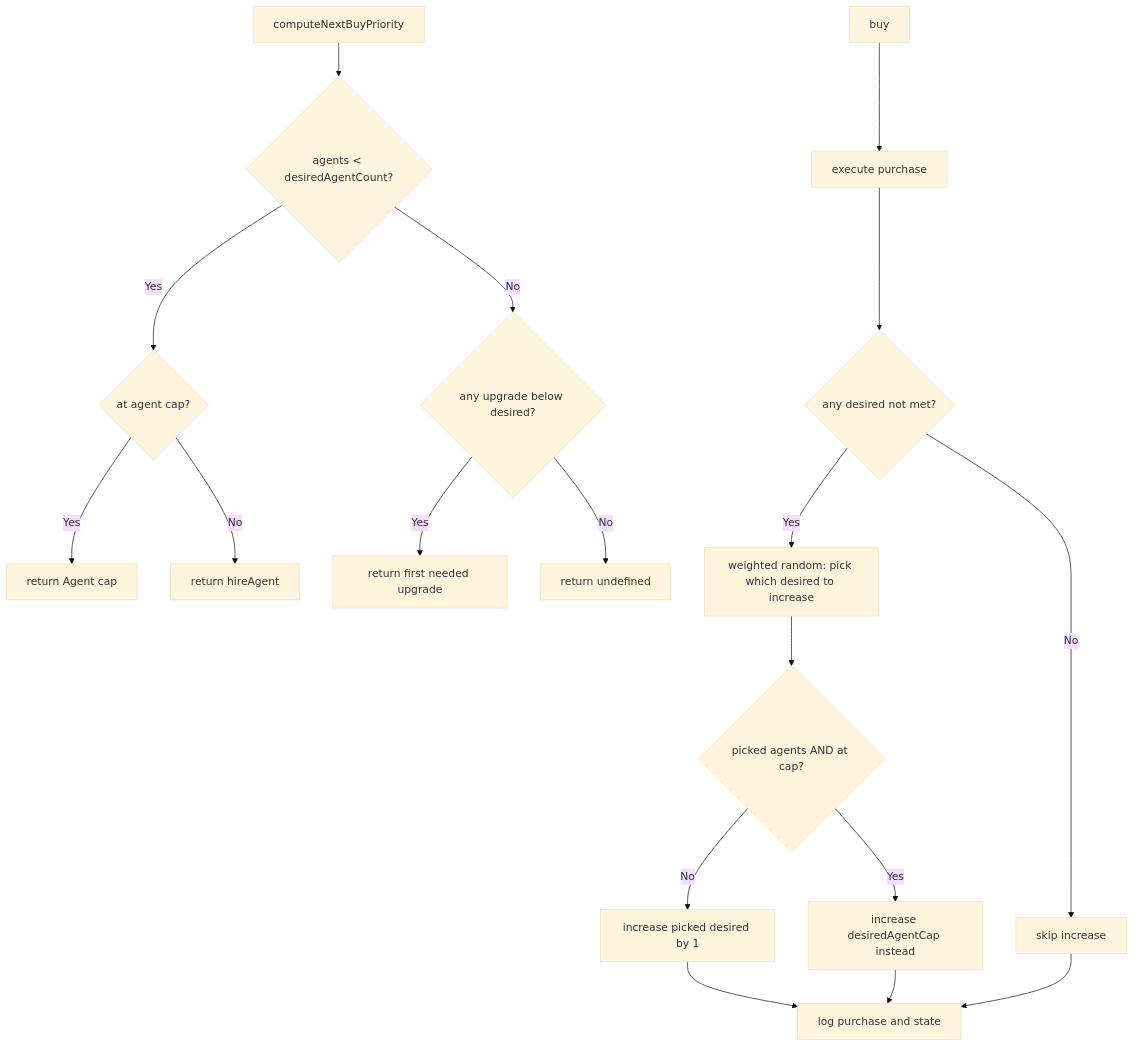
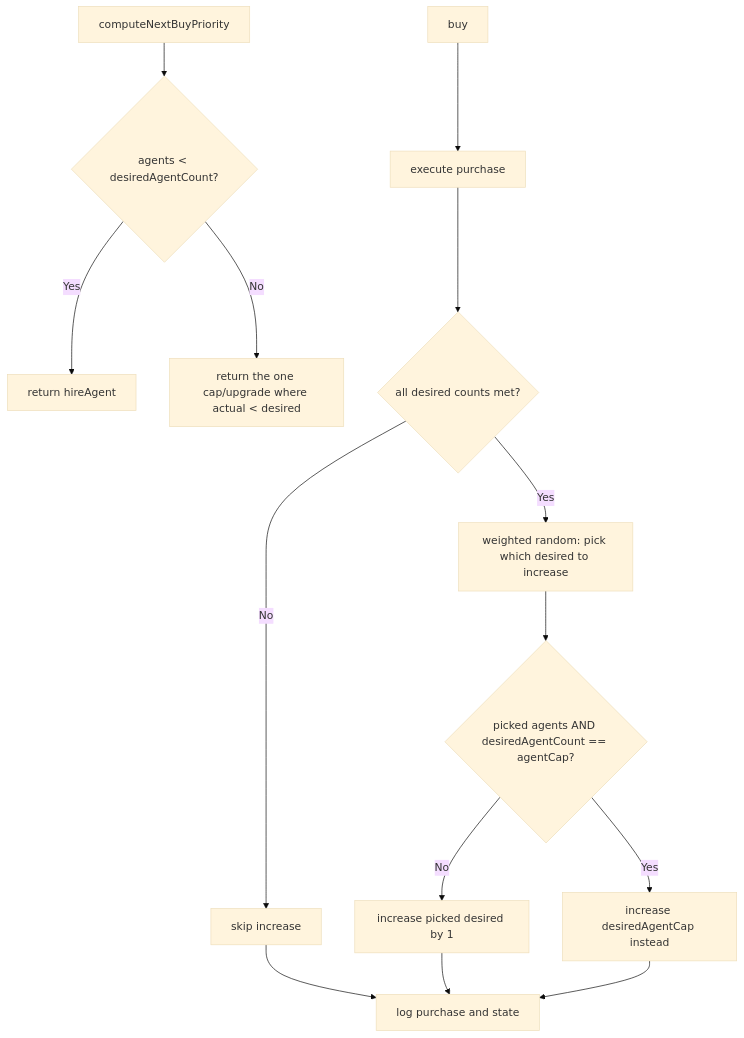
Before and after one commit to konrad-jamrozik/game-ts: the diagram in .cursor/plans/basic_intellect_buy_rewrite_9957a5e8.plan.md, drawn with Mermaid (base theme). The commit also changed other lines of this file, not shown here.

````diff
--- a/.cursor/plans/basic_intellect_buy_rewrite_9957a5e8.plan.md
+++ b/.cursor/plans/basic_intellect_buy_rewrite_9957a5e8.plan.md
@@ -58,21 +64,17 @@
 ```mermaid
 flowchart TD
     A[computeNextBuyPriority] --> B{agents < desiredAgentCount?}
-    B -->|Yes| C{at agent cap?}
-    C -->|Yes| D[return Agent cap]
-    C -->|No| E[return hireAgent]
-    B -->|No| F{any upgrade below desired?}
-    F -->|Yes| G[return first needed upgrade]
-    F -->|No| H[return undefined]
+    B -->|Yes| E[return hireAgent]
+    B -->|No| F[return the one cap/upgrade where actual < desired]
     
     I[buy] --> J[execute purchase]
-    J --> K{any desired not met?}
+    J --> K{all desired counts met?}
+    K -->|No| P[skip increase]
     K -->|Yes| L[weighted random: pick which desired to increase]
-    L --> M{picked agents AND at cap?}
+    L --> M{picked agents AND desiredAgentCount == agentCap?}
     M -->|Yes| N[increase desiredAgentCap instead]
     M -->|No| O[increase picked desired by 1]
-    K -->|No| P[skip increase]
-    O --> Q[log purchase and state]
+    P --> Q[log purchase and state]
+    O --> Q
     N --> Q
-    P --> Q
 ```
````
